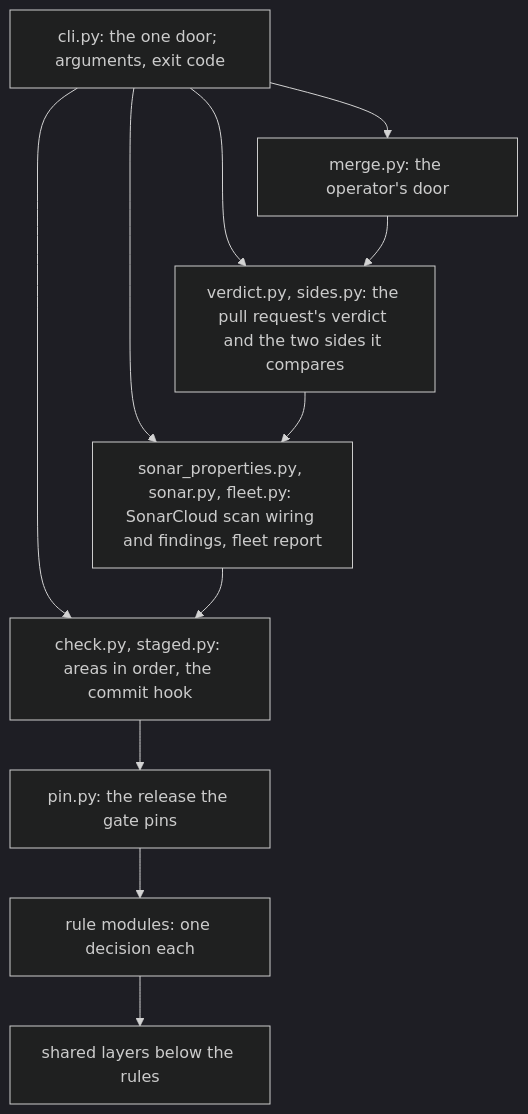
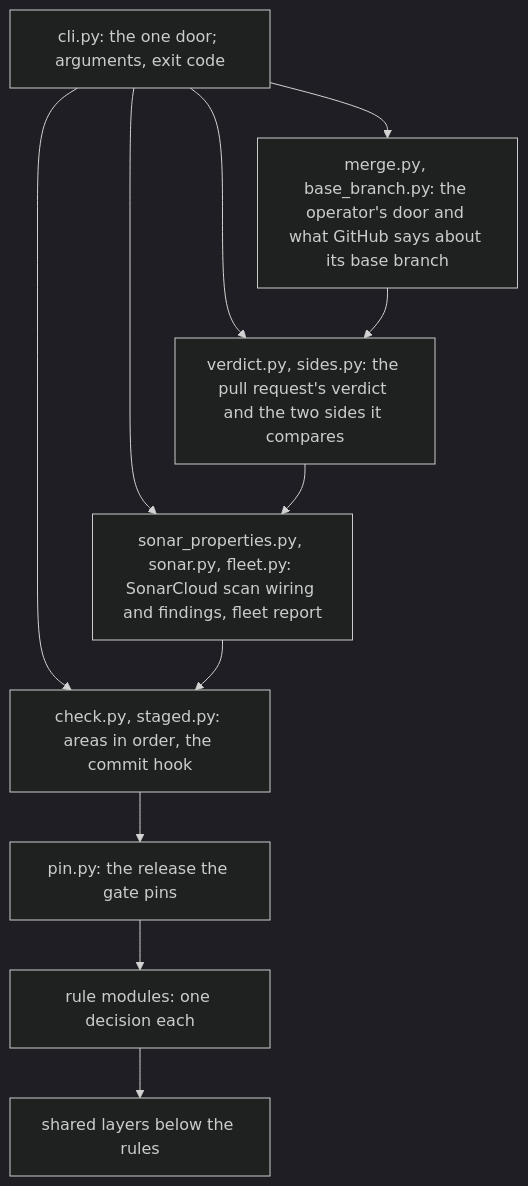
One commit to overnightworks/quality changed the second of 3 diagrams in docs/ARCHITECTURE.md. Above: the diagram before and after it, drawn with Mermaid (dark theme). The commit also changed 13 other files, not shown here.

First line of the commit message:
The merge door refuses a head behind its base's tip and merges by a direct request (#846)

````diff
--- a/docs/ARCHITECTURE.md
+++ b/docs/ARCHITECTURE.md
@@ -41,21 +41,21 @@
 ```mermaid
 flowchart TB
     cli["cli.py: the one door; arguments, exit code"]
-    door["merge.py: the operator's door"]
+    door["merge.py, base_branch.py: the operator's door and what GitHub says about its base branch"]
     verdict["verdict.py, sides.py: the pull request's verdict and the two sides it compares"]
     reports["sonar_properties.py, sonar.py, fleet.py: SonarCloud scan wiring and findings, fleet report"]
     check["check.py, staged.py: areas in order, the commit hook"]
     pin["pin.py: the release the gate pins"]
     rules["rule modules: one decision each"]
     shared["shared layers below the rules"]
     cli --> door
     cli --> verdict
     cli --> reports
     cli --> check
     door --> verdict
     verdict --> reports
     reports --> check
     check --> pin
     pin --> rules
     rules --> shared
 ```
````
